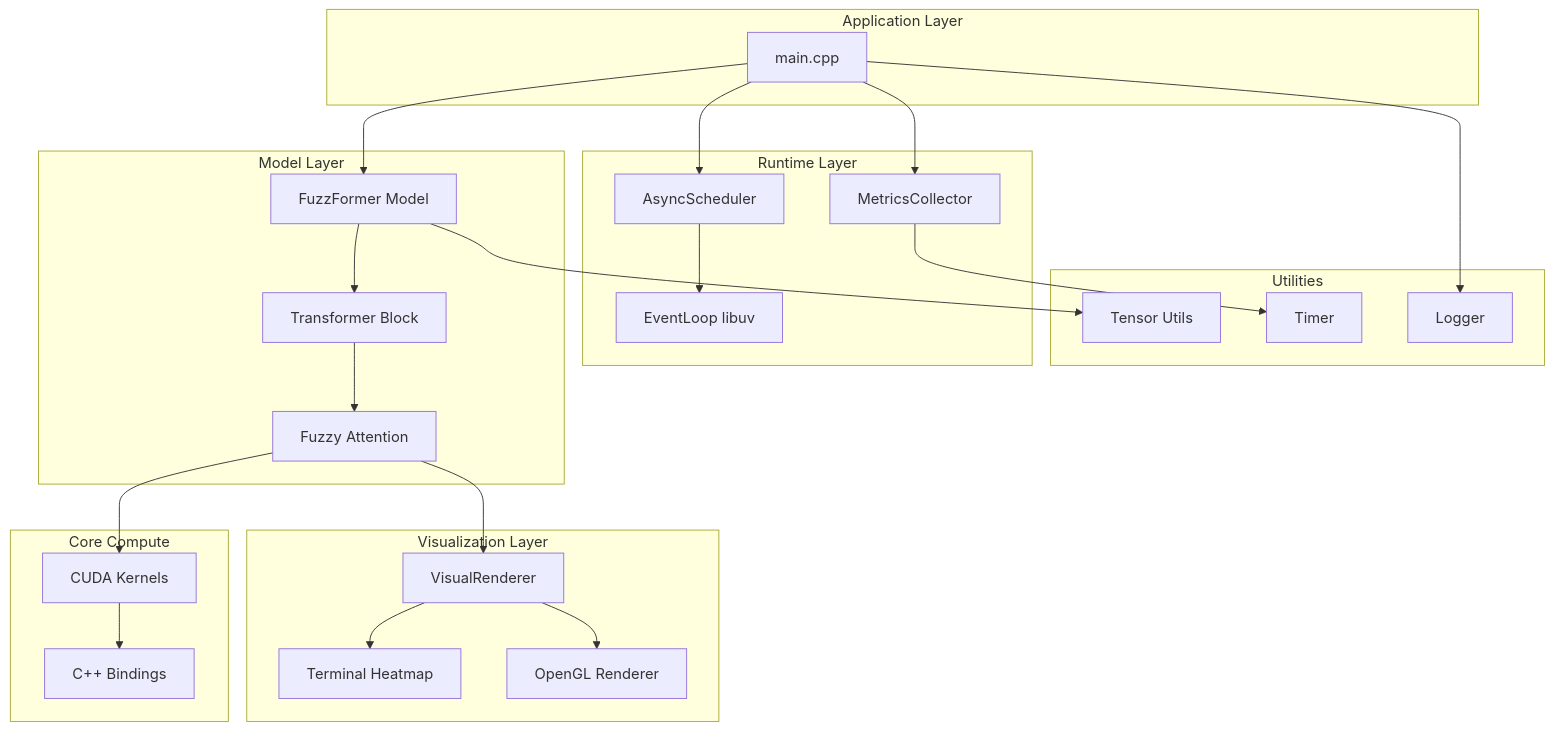
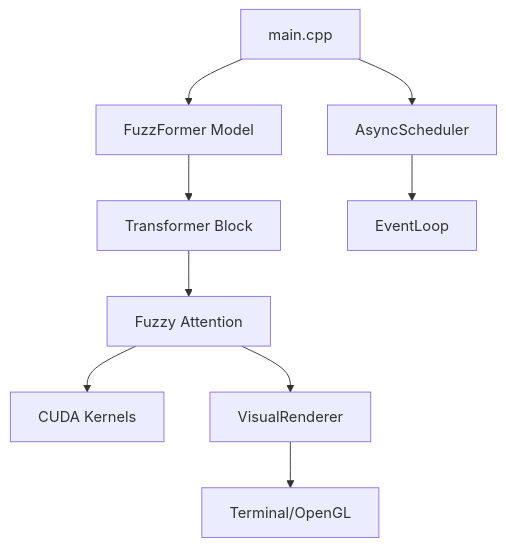
Before and after one commit to ruskaruma/fuzzformer: the first of 5 diagrams in docs/architecture.md, drawn with Mermaid. The commit also changed other lines of this file and 1 other file, not shown here.

Commit message:
docs: simplify README and fix architecture diagrams

````diff
--- a/docs/architecture.md
+++ b/docs/architecture.md
@@ -75,50 +29,11 @@
 ```mermaid
 graph TB
-    subgraph "Application Layer"
-        Main[main.cpp]
-    end
-    
-    subgraph "Model Layer"
-        Model[FuzzFormer Model]
-        Block[Transformer Block]
-        Attn[Fuzzy Attention]
-    end
-    
-    subgraph "Runtime Layer"
-        Scheduler[AsyncScheduler]
-        EventLoop[EventLoop libuv]
-        Metrics[MetricsCollector]
-    end
-    
-    subgraph "Visualization Layer"
-        Renderer[VisualRenderer]
-        Heatmap[Terminal Heatmap]
-        OpenGL[OpenGL Renderer]
-    end
-    
-    subgraph "Core Compute"
-        CUDA[CUDA Kernels]
-        Bindings[C++ Bindings]
-    end
-    
-    subgraph "Utilities"
-        Utils[Tensor Utils]
-        Timer[Timer]
-        Logger[Logger]
-    end
-    
-    Main --> Model
-    Model --> Block
-    Block --> Attn
-    Attn --> CUDA
-    CUDA --> Bindings
-    Main --> Scheduler
-    Scheduler --> EventLoop
-    Main --> Metrics
-    Attn --> Renderer
-    Renderer --> Heatmap
-    Renderer --> OpenGL
-    Model --> Utils
-    Metrics --> Timer
-    Main --> Logger
+    Main[main.cpp] --> Model[FuzzFormer Model]
+    Model --> Block[Transformer Block]
+    Block --> Attn[Fuzzy Attention]
+    Attn --> CUDA[CUDA Kernels]
+    Main --> Scheduler[AsyncScheduler]
+    Scheduler --> EventLoop[EventLoop]
+    Attn --> Renderer[VisualRenderer]
+    Renderer --> Heatmap[Terminal/OpenGL]
 ```
````
